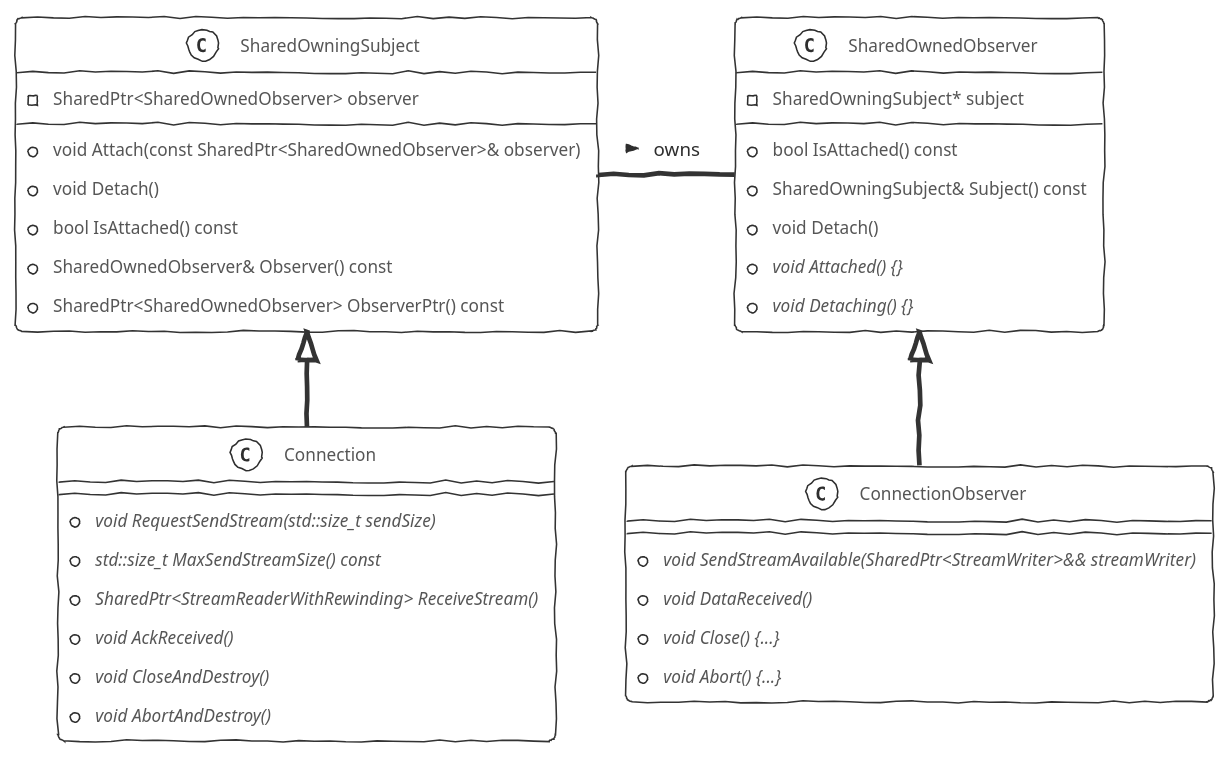
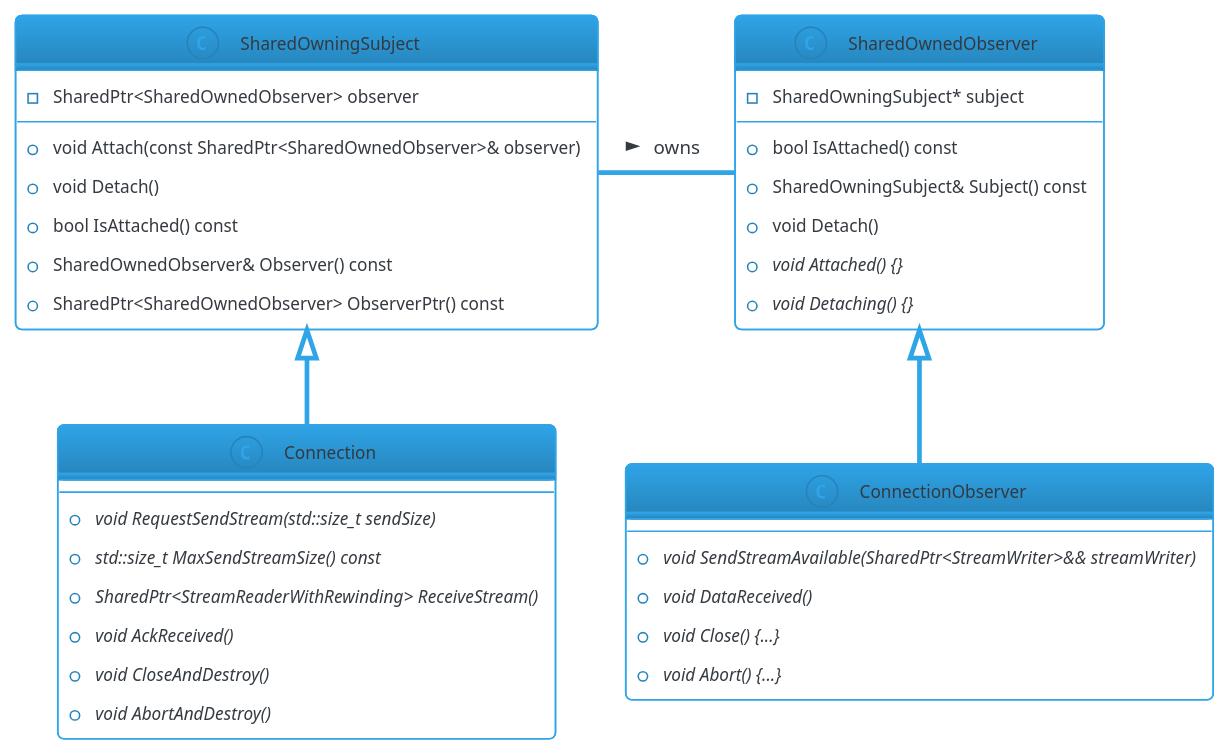
One commit to philips-software/amp-embedded-infra-lib changed the diagram in documents/modules/ROOT/pages/NetworkConnections.adoc. Above: the diagram before and after it, drawn with PlantUML. The commit also changed 4 other files, not shown here.

```diff
--- a/documents/modules/ROOT/pages/NetworkConnections.adoc
+++ b/documents/modules/ROOT/pages/NetworkConnections.adoc
@@ -21,44 +21,44 @@
 [plantuml]
 ----
 @startuml
-    !theme sketchy-outline
+    !theme cerulean-outline
 
     class SharedOwnedObserver {
         +bool IsAttached() const
         +SharedOwningSubject& Subject() const
         +void Detach()
         +{abstract}void Attached() {}
         +{abstract}void Detaching() {}
         -SharedOwningSubject* subject
     }
 
     class SharedOwningSubject {
         -SharedPtr<SharedOwnedObserver> observer
         +void Attach(const SharedPtr<SharedOwnedObserver>& observer)
         +void Detach()
         +bool IsAttached() const
         +SharedOwnedObserver& Observer() const
         +SharedPtr<SharedOwnedObserver> ObserverPtr() const
     }
 
     class ConnectionObserver{
         +{abstract}void SendStreamAvailable(SharedPtr<StreamWriter>&& streamWriter)
         +{abstract}void DataReceived()
         +{abstract}void Close() {...}
         +{abstract}void Abort() {...}
     }
 
     class Connection {
         +{abstract}void RequestSendStream(std::size_t sendSize)
         +{abstract}std::size_t MaxSendStreamSize() const
         +{abstract}SharedPtr<StreamReaderWithRewinding> ReceiveStream()
         +{abstract}void AckReceived()
         +{abstract}void CloseAndDestroy()
         +{abstract}void AbortAndDestroy()
     }
 
     SharedOwnedObserver <|-- ConnectionObserver 
     SharedOwningSubject <|-- Connection
     SharedOwnedObserver -left- SharedOwningSubject : < owns
 @enduml
 ----
```
